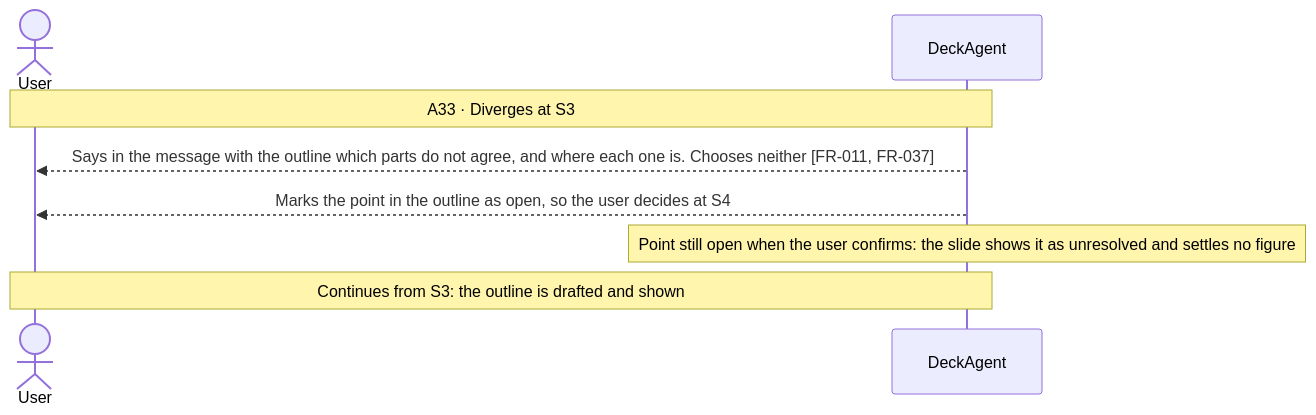
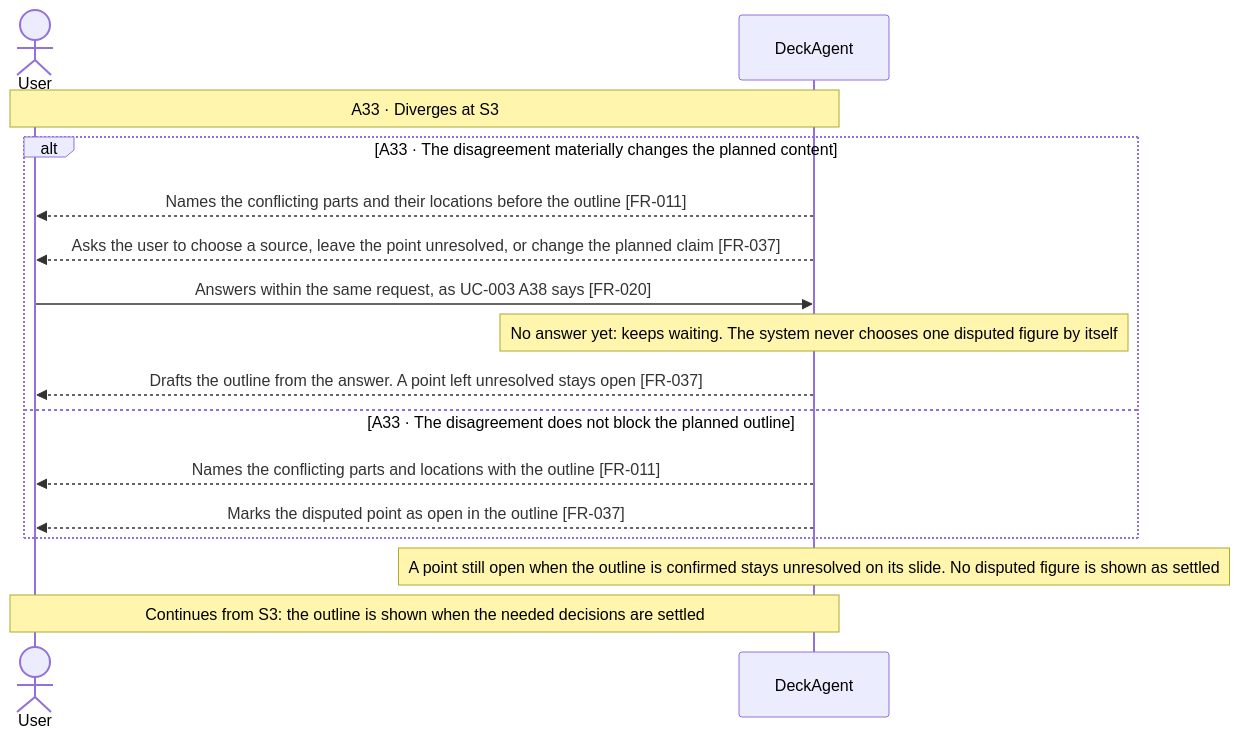
Before and after one commit to Luke23127006/DeckAgent: diagram 17 of 23 in docs/spec/03-use-cases/UC-001.md, drawn with Mermaid. The commit also changed other lines of this file and 9 other files, not shown here.

````diff
--- a/docs/spec/03-use-cases/UC-001.md
+++ b/docs/spec/03-use-cases/UC-001.md
@@ -293,10 +295,18 @@
 ```mermaid
 sequenceDiagram
     actor User
     participant DeckAgent
     Note over User,DeckAgent: A33 · Diverges at S3
-    DeckAgent-->>User: Says in the message with the outline which parts do not agree, and where each one is. Chooses neither [FR-011, FR-037]
-    DeckAgent-->>User: Marks the point in the outline as open, so the user decides at S4
-    note over DeckAgent: Point still open when the user confirms: the slide shows it as unresolved and settles no figure
-    Note over User,DeckAgent: Continues from S3: the outline is drafted and shown
+    alt A33 · The disagreement materially changes the planned content
+        DeckAgent-->>User: Names the conflicting parts and their locations before the outline [FR-011]
+        DeckAgent-->>User: Asks the user to choose a source, leave the point unresolved, or change the planned claim [FR-037]
+        User->>DeckAgent: Answers within the same request, as UC-003 A38 says [FR-020]
+        note over DeckAgent: No answer yet: keeps waiting. The system never chooses one disputed figure by itself
+        DeckAgent-->>User: Drafts the outline from the answer. A point left unresolved stays open [FR-037]
+    else A33 · The disagreement does not block the planned outline
+        DeckAgent-->>User: Names the conflicting parts and locations with the outline [FR-011]
+        DeckAgent-->>User: Marks the disputed point as open in the outline [FR-037]
+    end
+    note over DeckAgent: A point still open when the outline is confirmed stays unresolved on its slide. No disputed figure is shown as settled
+    Note over User,DeckAgent: Continues from S3: the outline is shown when the needed decisions are settled
 ```
````
